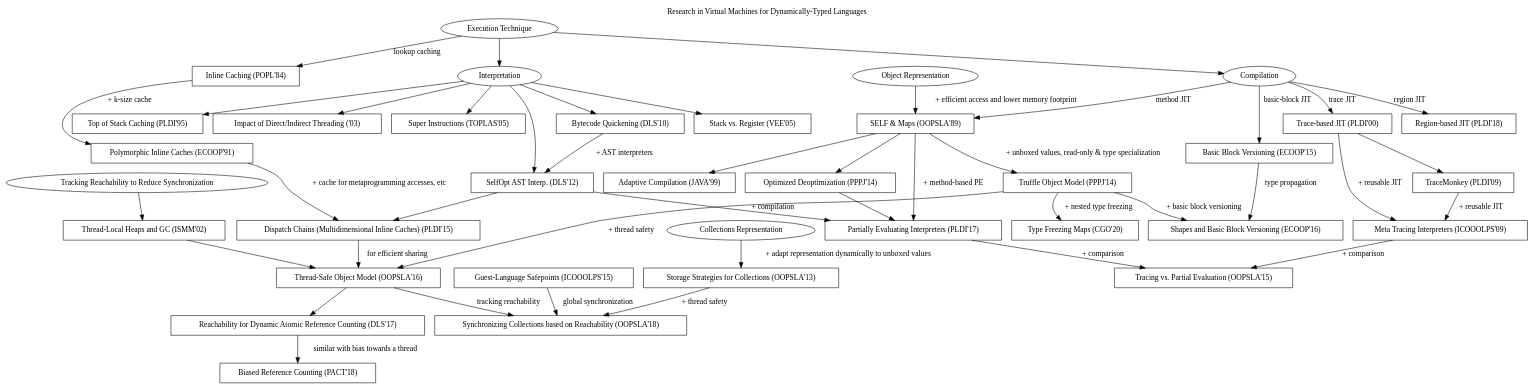
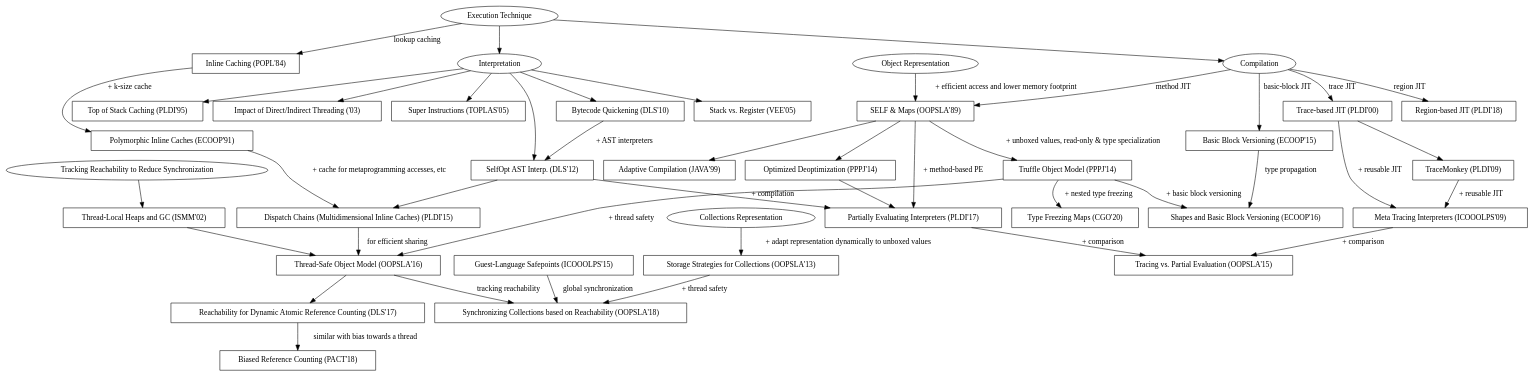
One commit to eregon/virtual-machines-research-graph changed the diagram in graph.dot. Above: the diagram before and after it, drawn with Graphviz.

Commit message:
Remove embedded title, let the page add the title
* Also it's not only dynamically-typed languages.

```diff
--- a/graph.dot
+++ b/graph.dot
@@ -1,170 +1,168 @@
 digraph G {
-  label = "Research in Virtual Machines for Dynamically-Typed Languages"
-  labelloc = "t"
   node [shape = "box"]
 
   # Nodes
   pic [label = "Polymorphic Inline Caches (ECOOP'91)",
        tooltip = "Optimizing Dynamically-Typed Object-Oriented Languages With Polymorphic Inline Caches",
        URL = "http://bibliography.selflanguage.org/_static/pics.pdf"]
   mpic [label = "Dispatch Chains (Multidimensional Inline Caches) (PLDI'15)",
         tooltip = "Zero-Overhead Metaprogramming; Reflection and Metaobject Protocols Fast and without Compromises",
         URL = "https://stefan-marr.de/downloads/pldi15-marr-et-al-zero-overhead-metaprogramming.pdf"]
 
   om [label = "Object Representation", shape="oval"]
   maps [label = "SELF & Maps (OOPSLA'89)",
         tooltip = "An Efficient Implementation of SELF a Dynamically-Typed Object-Oriented Language Based on Prototypes",
         URL = "http://www.selflanguage.org/_static/published/implementation.pdf"]
   tosm [label = "Truffle Object Model (PPPJ'14)",
         tooltip = "An Object Storage Model for the Truffle Language Implementation Framework",
         URL = "https://chrisseaton.com/rubytruffle/pppj14-om/pppj14-om.pdf"]
   tso [label = "Thread-Safe Object Model (OOPSLA'16)",
        tooltip = "Efficient and Thread-Safe Objects for Dynamically-Typed Languages",
        URL = "https://eregon.me/blog/assets/research/thread-safe-objects.pdf"]
 
   glsp [label = "Guest-Language Safepoints (ICOOOLPS'15)",
         tooltip = "Techniques and Applications for Guest-Language Safepoints",
         URL = "https://eregon.me/blog/assets/research/guest-language-safepoints.pdf"]
 
   freezing [label = "Type Freezing Maps (CGO'20)",
             tooltip = "Type Freezing: Exploiting Attribute Type Monomorphism in Tracing JIT Compilers",
             URL = "https://doi.org/10.1145/3368826.3377907"]
   shapesAndBBV [label = "Shapes and Basic Block Versioning (ECOOP'16)",
                 tooltip = "Interprocedural Type Specialization of JavaScript Programs Without Type Analysis",
                 URL = "https://drops.dagstuhl.de/opus/volltexte/2016/6101/pdf/LIPIcs-ECOOP-2016-7.pdf"]
 
   collections [label = "Collections Representation", shape="oval"]
   ss [label = "Storage Strategies for Collections (OOPSLA'13)",
       tooltip = "Storage Strategies for Collections in Dynamically Typed Languages",
       URL = "https://tratt.net/laurie/research/pubs/html/bolz_diekmann_tratt__storage_strategies_for_collections_in_dynamically_typed_languages/"]
   tsc [label = "Synchronizing Collections based on Reachability (OOPSLA'18)",
        tooltip = "Parallelization of Dynamic Languages: Synchronizing Built-in Collections",
        URL = "https://eregon.me/blog/assets/research/thread-safe-collections.pdf"]
 
   reachability [label = "Tracking Reachability to Reduce Synchronization", shape="oval"]
   domani [label = "Thread-Local Heaps and GC (ISMM'02)",
           tooltip = "Thread-Local Heaps for Java",
           URL = "http://citeseerx.ist.psu.edu/viewdoc/download?doi=10.1.1.63.5846&amp;rep=rep1&amp;type=pdf"]
   rarc [label = "Reachability for Dynamic Atomic Reference Counting (DLS'17)",
         tooltip = "Dynamic Atomicity: Optimizing Swift Memory Management",
         URL = "https://dl.acm.org/doi/10.1145/3133841.3133843"]
   brc [label = "Biased Reference Counting (PACT'18)",
        tooltip = "Biased Reference Counting: Minimizing Atomic Operations in Garbage Collection",
        URL = "https://iacoma.cs.uiuc.edu/iacoma-papers/pact18.pdf"]
 
   exe [label = "Execution Technique", shape="oval"]
   interp [label = "Interpretation", shape="oval"]
   compilation [label = "Compilation", shape="oval"]
   stackVsReg [label = "Stack vs. Register (VEE'05)",
        tooltip = "Virtual Machine Showdown: Stack Versus Registers",
        URL = "https://www.usenix.org/legacy/events%2Fvee05%2Ffull_papers/p153-yunhe.pdf"]
   topOfStack [label = "Top of Stack Caching (PLDI'95)",
        tooltip = "Stack Caching for Interpreters",
        URL = "http://www2.cs.arizona.edu/~collberg/Teaching/553/2011/Resources/ertl94sc.pdf"]
   directIndirect [label = "Impact of Direct/Indirect Threading ('03)",
        tooltip = "The Structure and Performance of Efficient Interpreters",
        URL = "https://www.jilp.org/vol5/v5paper12.pdf"]
   selfOptAst [label = "SelfOpt AST Interp. (DLS'12)",
        tooltip = "Self-Optimizing AST Interpreters",
        URL = "http://lafo.ssw.uni-linz.ac.at/papers/2012_DLS_SelfOptimizingASTInterpreters.pdf"]
   superInstructions [label = "Super Instructions (TOPLAS'05)",
        tooltip = "Optimizing Indirect Branch Prediction Accuracy in Virtual Machine Interpreters",
        URL = "https://www.scss.tcd.ie/David.Gregg/papers/toplas05.pdf"]
   quickening [label = "Bytecode Quickening (DLS'10)",
        tooltip = "Efficient Interpretation Using Quickening",
        URL = "https://publications.sba-research.org/publications/dls10.pdf"]
 
   inlineCaching [label = "Inline Caching (POPL'84)",
        tooltip = "Efficient Implementation of the Smalltalk-80 System",
        URL = "http://web.cs.ucla.edu/~palsberg/course/cs232/papers/DeutschSchiffman-popl84.pdf"]
 
 
   adaptiveJit [label = "Adaptive Compilation (JAVA'99)",
        tooltip = "The Jalapeño Dynamic Optimizing Compiler for Java",
        URL = "https://pdfs.semanticscholar.org/8738/ba4b09cac68ad1ab7d036a6d5e40a17ee2c7.pdf"]
 
   regionBased [label = "Region-based JIT (PLDI'18)",
        tooltip = "HHVM JIT: A Profile-guided, Region-based Compiler for PHP and Hack",
        URL = "https://research.fb.com/wp-content/uploads/2018/04/hhvm-jit-a-profile-guided-region-based-compiler-for-php-and-hack.pdf"]
   traceBased [label = "Trace-based JIT (PLDI'00)",
        tooltip = "Dynamo: A Transparent Dynamic Optimization System",
        URL = "https://www.complang.tuwien.ac.at/andi/bala.pdf"]
   traceMonkey [label = "TraceMonkey (PLDI'09)",
        tooltip = "Trace-based Just-in-time Type Specialization for Dynamic Languages",
        URL = "http://dept.cs.williams.edu/~freund/cs434/gal-trace.pdf"]
 
 
   basicBlockVersioning [label = "Basic Block Versioning (ECOOP'15)",
        tooltip = "Simple and Effective Type Check Removal through Lazy Basic Block Versioning",
        URL = "https://drops.dagstuhl.de/opus/volltexte/2015/5219/pdf/9.pdf"]
 
 
 
 metaTracing [label = "Meta Tracing Interpreters (ICOOOLPS'09)",
        tooltip = "Tracing the Meta-level: PyPy's Tracing JIT Compiler",
        URL = "https://citeseerx.ist.psu.edu/viewdoc/download?doi=10.1.1.1023.9117&amp;rep=rep1&amp;type=pdf"]
 partialEvaluation [label = "Partially Evaluating Interpreters (PLDI'17)",
        tooltip = "Practical Partial Evaluation for High-performance Dynamic Language Runtimes",
        URL = "https://chrisseaton.com/rubytruffle/pldi17-truffle/pldi17-truffle.pdf"]
 MTvsPE [label = "Tracing vs. Partial Evaluation (OOPSLA'15)",
        tooltip = "Tracing vs. Partial Evaluation: Comparing Meta-Compilation Approaches for Self-Optimizing Interpreters",
        URL = "http://stefan-marr.de/downloads/oopsla15-marr-ducasse-meta-tracing-vs-partial-evaluation.pdf"]
 optDeopt [label = "Optimized Deoptimization (PPPJ'14)",
        tooltip = "Speculation Without Regret: Reducing Deoptimization Meta-data in the Graal Compiler",
        URL = "http://www.ssw.uni-linz.ac.at/General/Staff/GD/PPPJ-2014-duboscq-29.pdf"]
 
 
   # Edges
   inlineCaching -> pic [label = "+ k-size cache"]
   pic -> mpic [label = "+ cache for metaprogramming accesses, etc"]
   mpic -> tso [label = "for efficient sharing"]
 
   om -> maps [label = "+ efficient access and lower memory footprint"]
   maps -> tosm [label = "+ unboxed values, read-only & type specialization"]
   tosm -> tso [label = "+ thread safety"]
   tosm -> shapesAndBBV [label = "+ basic block versioning"]
   tosm -> freezing [label = "+ nested type freezing"]
   tso -> rarc
   rarc -> brc [label = "similar with bias towards a thread"]
 
   reachability -> domani
   domani -> tso
 
   tso -> tsc [label = "tracking reachability"]
   glsp -> tsc [label = "global synchronization"]
   collections -> ss [label = "+ adapt representation dynamically to unboxed values"]
   ss -> tsc [label = "+ thread safety"]
 
   exe -> inlineCaching [label = "lookup caching"]
 
   exe -> interp
   interp -> directIndirect
   interp -> stackVsReg
   interp -> topOfStack
   interp -> superInstructions
   interp -> selfOptAst
   interp -> quickening
   quickening -> selfOptAst [label = "+ AST interpreters"]
   exe -> compilation
   compilation -> maps [label = "method JIT"]
   compilation -> regionBased [label = "region JIT"]
   compilation -> traceBased [label = "trace JIT"]
   compilation -> basicBlockVersioning [label = "basic-block JIT"]
   basicBlockVersioning -> shapesAndBBV [label = "type propagation"]
   traceBased -> traceMonkey
   maps -> adaptiveJit
 
   traceBased -> metaTracing [label = "+ reusable JIT"]
   traceMonkey -> metaTracing [label = "+ reusable JIT"]
 
   maps -> partialEvaluation [label = "+ method-based PE"]
   selfOptAst -> partialEvaluation [label = "+ compilation"]
 
   selfOptAst -> mpic
 
   metaTracing -> MTvsPE [label = "+ comparison"]
   partialEvaluation -> MTvsPE [label = "+ comparison"]
 
   maps -> optDeopt
   optDeopt -> partialEvaluation
 }
```
